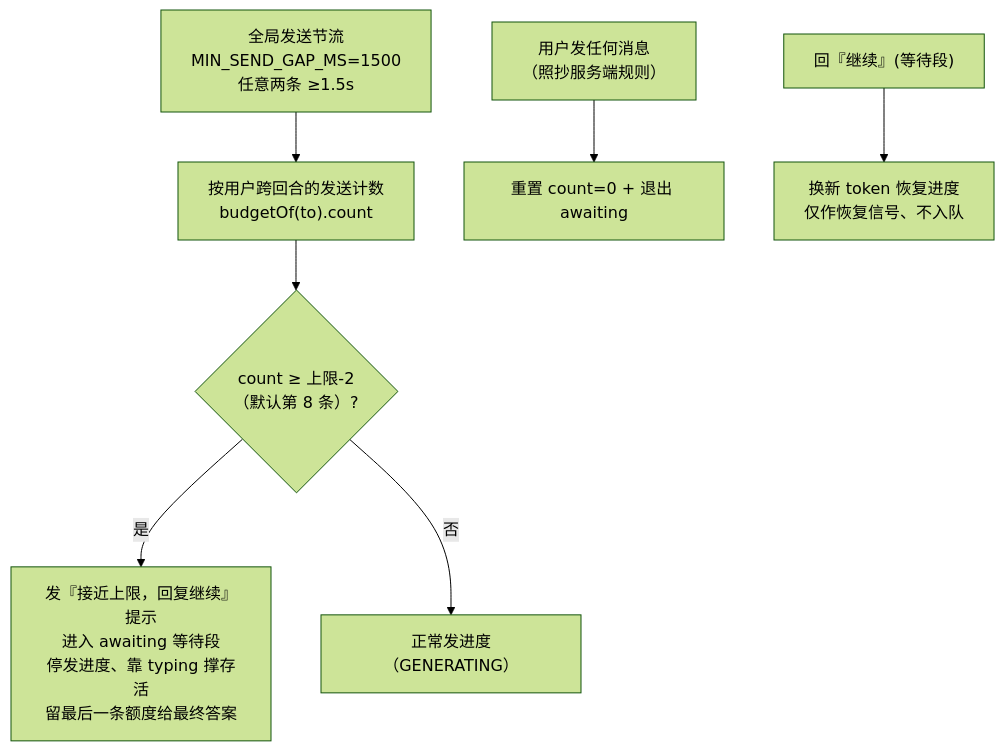
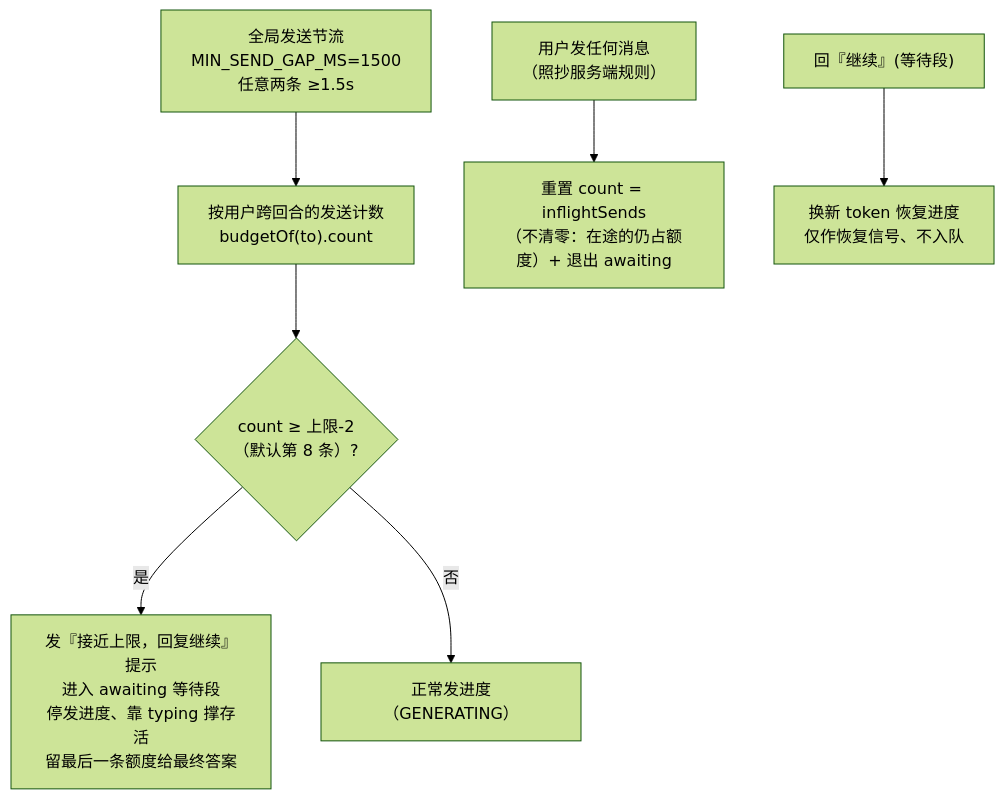
One commit to imwangpan/WeMind changed the fourth of 4 diagrams in docs/repowiki/05-daemon.md. Above: the diagram before and after it, drawn with Mermaid (forest theme). The commit also changed other lines of this file and 52 other files, not shown here.

````diff
--- a/docs/repowiki/05-daemon.md
+++ b/docs/repowiki/05-daemon.md
@@ -227,9 +267,9 @@
 ```mermaid
 graph TD
     A["全局发送节流<br/>MIN_SEND_GAP_MS=1500<br/>任意两条 ≥1.5s"] --> B
     B["按用户跨回合的发送计数<br/>budgetOf(to).count"] --> C{"count ≥ 上限-2<br/>（默认第 8 条）?"}
     C -->|是| D["发『接近上限，回复继续』提示<br/>进入 awaiting 等待段<br/>停发进度、靠 typing 撑存活<br/>留最后一条额度给最终答案"]
     C -->|否| E["正常发进度（GENERATING）"]
-    F["用户发任何消息<br/>（照抄服务端规则）"] --> G["重置 count=0 + 退出 awaiting"]
+    F["用户发任何消息<br/>（照抄服务端规则）"] --> G["重置 count = inflightSends<br/>（不清零：在途的仍占额度）+ 退出 awaiting"]
     H["回『继续』(等待段)"] --> I["换新 token 恢复进度<br/>仅作恢复信号、不入队"]
 ```
````
